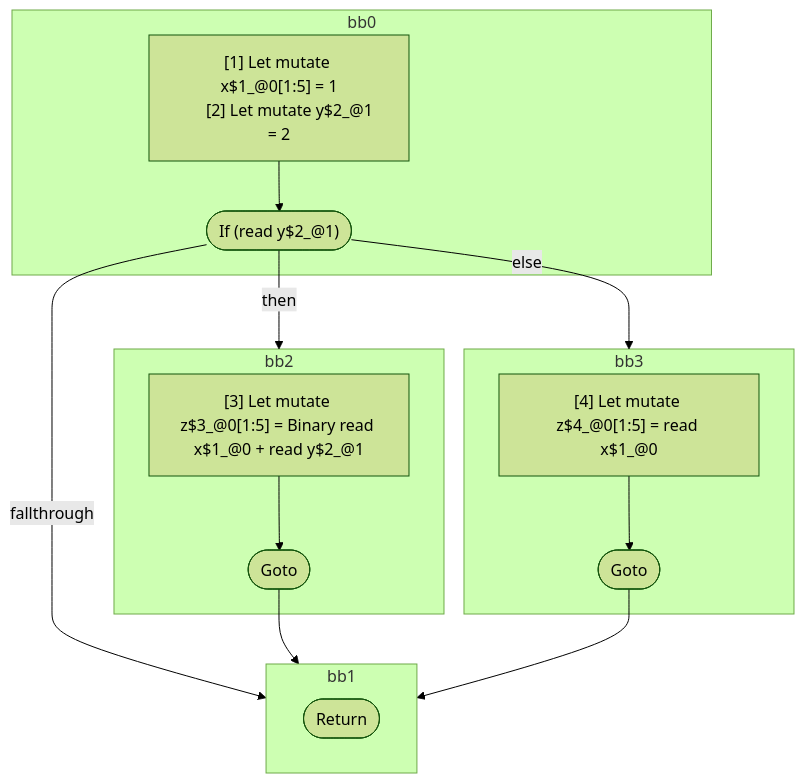
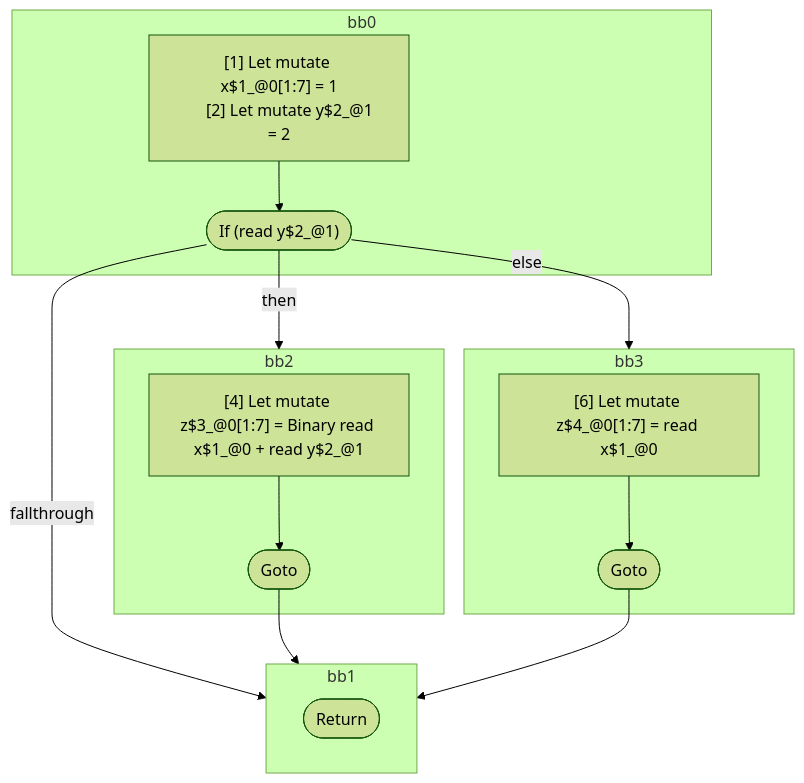
Before and after one commit to wutsmog/private: the diagram in compiler/forget/src/__tests__/fixtures/hir/ssa-if-else.expect.md, drawn with Mermaid (forest theme). The commit also changed other lines of this file and 61 other files, not shown here.

````diff
--- a/compiler/forget/src/__tests__/fixtures/hir/ssa-if-else.expect.md
+++ b/compiler/forget/src/__tests__/fixtures/hir/ssa-if-else.expect.md
@@ -40,34 +40,34 @@
 ```mermaid
 flowchart TB
   %% Basic Blocks
   subgraph bb0
     bb0_instrs["
-      [1] Let mutate x$1_@0[1:5] = 1
+      [1] Let mutate x$1_@0[1:7] = 1
       [2] Let mutate y$2_@1 = 2
     "]
     bb0_instrs --> bb0_terminal(["If (read y$2_@1)"])
   end
   subgraph bb2
     bb2_instrs["
-      [3] Let mutate z$3_@0[1:5] = Binary read x$1_@0 + read y$2_@1
+      [4] Let mutate z$3_@0[1:7] = Binary read x$1_@0 + read y$2_@1
     "]
     bb2_instrs --> bb2_terminal(["Goto"])
   end
   subgraph bb3
     bb3_instrs["
-      [4] Let mutate z$4_@0[1:5] = read x$1_@0
+      [6] Let mutate z$4_@0[1:7] = read x$1_@0
     "]
     bb3_instrs --> bb3_terminal(["Goto"])
   end
   subgraph bb1
     bb1_terminal(["Return"])
   end
 
   %% Jumps
   bb0_terminal -- "then" --> bb2
   bb0_terminal -- "else" --> bb3
   bb0_terminal -- "fallthrough" --> bb1
   bb2_terminal --> bb1
   bb3_terminal --> bb1
 
 ```
````
